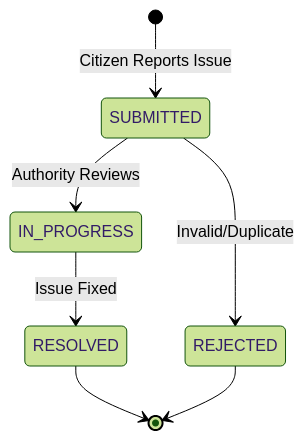
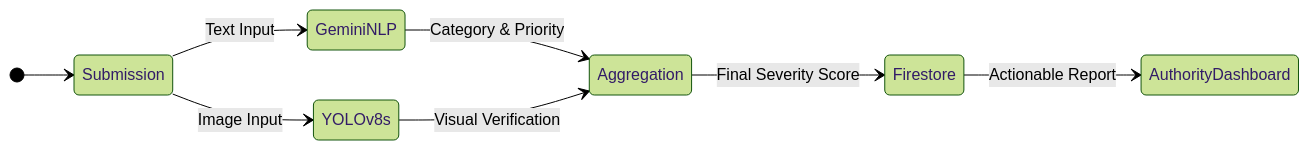
One commit to omwattamwar/civicpulse-smart-civic-platform changed the second of 2 diagrams in README.md. Above: the diagram before and after it, drawn with Mermaid (forest theme). The commit also changed other lines of this file, not shown here.

````diff
--- a/README.md
+++ b/README.md
@@ -74,9 +85,11 @@
 ```mermaid
 stateDiagram-v2
-    [*] --> SUBMITTED : Citizen Reports Issue
-    SUBMITTED --> IN_PROGRESS : Authority Reviews
-    IN_PROGRESS --> RESOLVED : Issue Fixed
-    SUBMITTED --> REJECTED : Invalid/Duplicate
-    RESOLVED --> [*]
-    REJECTED --> [*]
+    direction LR
+    [*] --> Submission
+    Submission --> GeminiNLP : Text Input
+    Submission --> YOLOv8s : Image Input
+    GeminiNLP --> Aggregation : Category & Priority
+    YOLOv8s --> Aggregation : Visual Verification
+    Aggregation --> Firestore : Final Severity Score
+    Firestore --> AuthorityDashboard : Actionable Report
 ```
````
